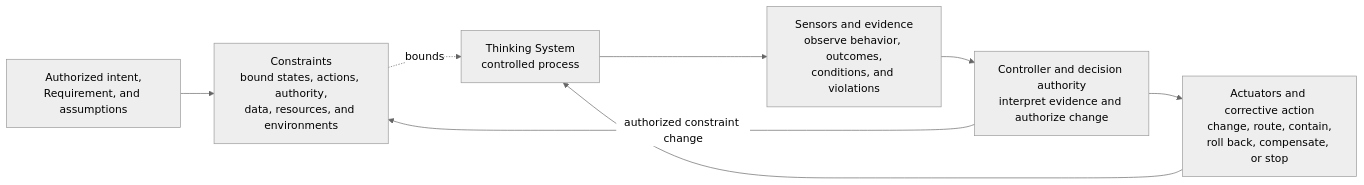
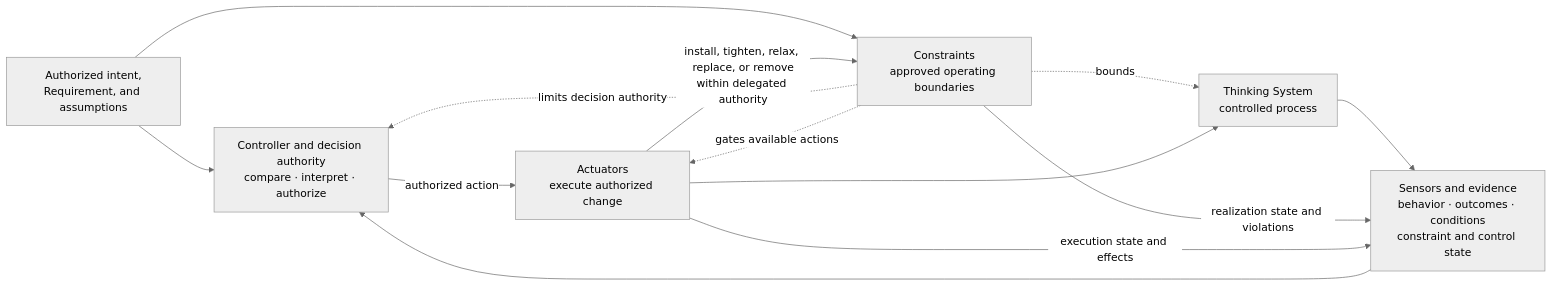
One commit to UncertaintyArchitectureGroup/uncertainty-architecture changed the second of 3 diagrams in 00-doctrine/control-loop-anatomy.md. Above: the diagram before and after it, drawn with Mermaid (neutral theme). The commit also changed other lines of this file, not shown here.

Commit message:
docs: correct control-loop capability model

````diff
--- a/00-doctrine/control-loop-anatomy.md
+++ b/00-doctrine/control-loop-anatomy.md
@@ -56,17 +78,25 @@
 ```mermaid
 flowchart LR
-    I[Authorized intent,<br/>Requirement, and assumptions]
-    K[Constraints<br/>bound states, actions, authority,<br/>data, resources, and environments]
+    R[Authorized intent,<br/>Requirement, and assumptions]
+    K[Constraints<br/>approved operating boundaries]
     P[Thinking System<br/>controlled process]
-    S[Sensors and evidence<br/>observe behavior, outcomes,<br/>conditions, and violations]
-    C[Controller and decision authority<br/>interpret evidence and authorize change]
-    A[Actuators and corrective action<br/>change, route, contain,<br/>roll back, compensate, or stop]
+    S[Sensors and evidence<br/>behavior · outcomes · conditions<br/>constraint and control state]
+    C[Controller and decision authority<br/>compare · interpret · authorize]
+    A[Actuators<br/>execute authorized change]
 
-    I --> K
+    R --> C
+    R --> K
+
     K -. bounds .-> P
+    K -. limits decision authority .-> C
+    K -. gates available actions .-> A
+
     P --> S
+    K -->|realization state and violations| S
+    A -->|execution state and effects| S
+
     S --> C
-    C --> A
+    C -->|authorized action| A
     A --> P
-    C -->|authorized constraint change| K
+    A -->|install, tighten, relax, replace, or remove<br/>within delegated authority| K
 ```
````
